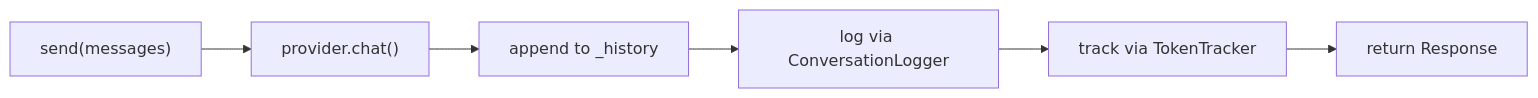
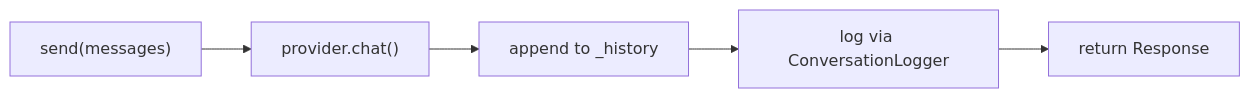
Before and after one commit to TheRealOP/Agent-Knowledge-Management-System: the eighth of 17 diagrams in how-this-works.md, drawn with Mermaid. The commit also changed other lines of this file, not shown here.

````diff
--- a/how-this-works.md
+++ b/how-this-works.md
@@ -409,8 +403,7 @@
 ```mermaid
 flowchart LR
     A["send(messages)"] --> B["provider.chat()"]
     B --> C["append to _history"]
     C --> D["log via ConversationLogger"]
-    D --> E["track via TokenTracker"]
-    E --> F["return Response"]
+    D --> F["return Response"]
 ```
````
